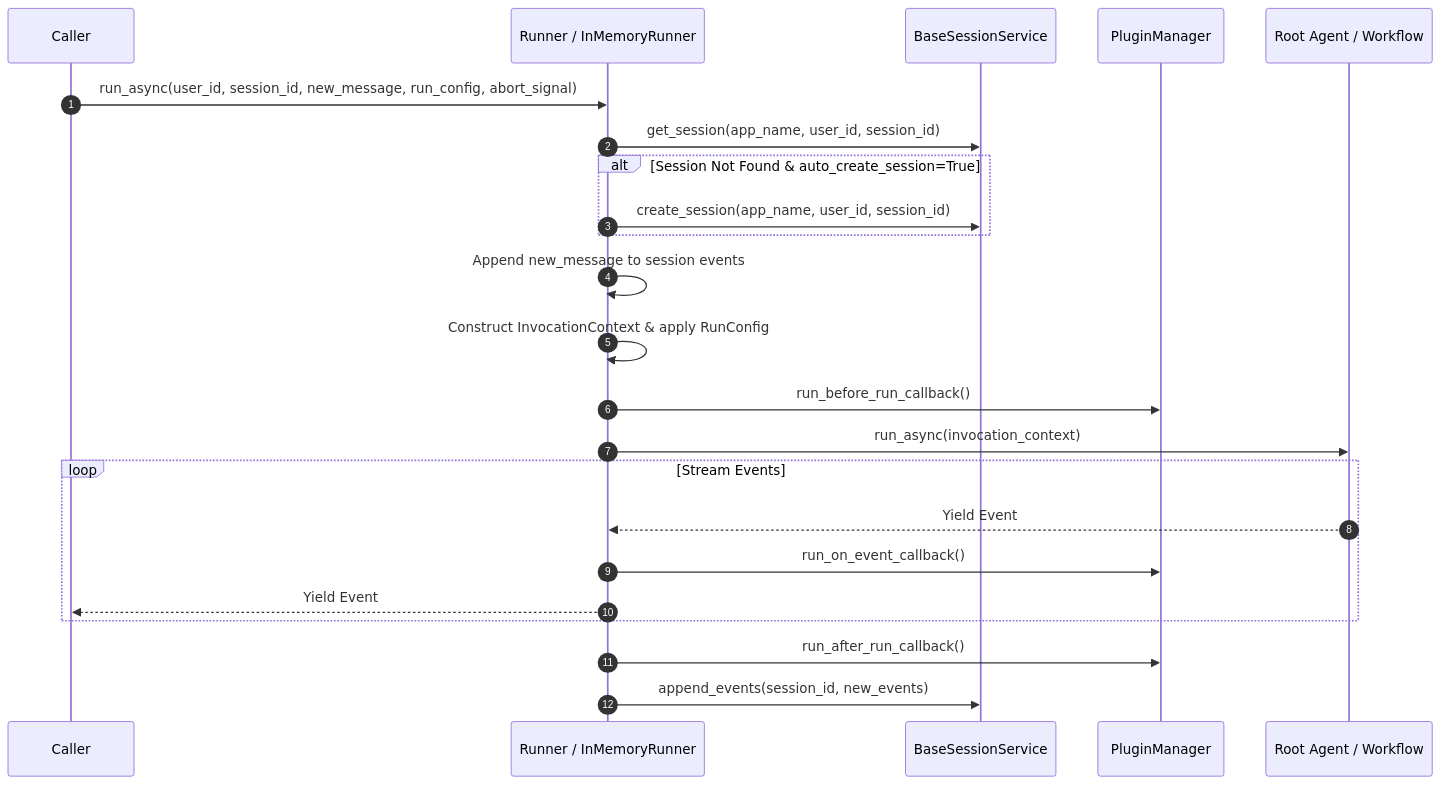
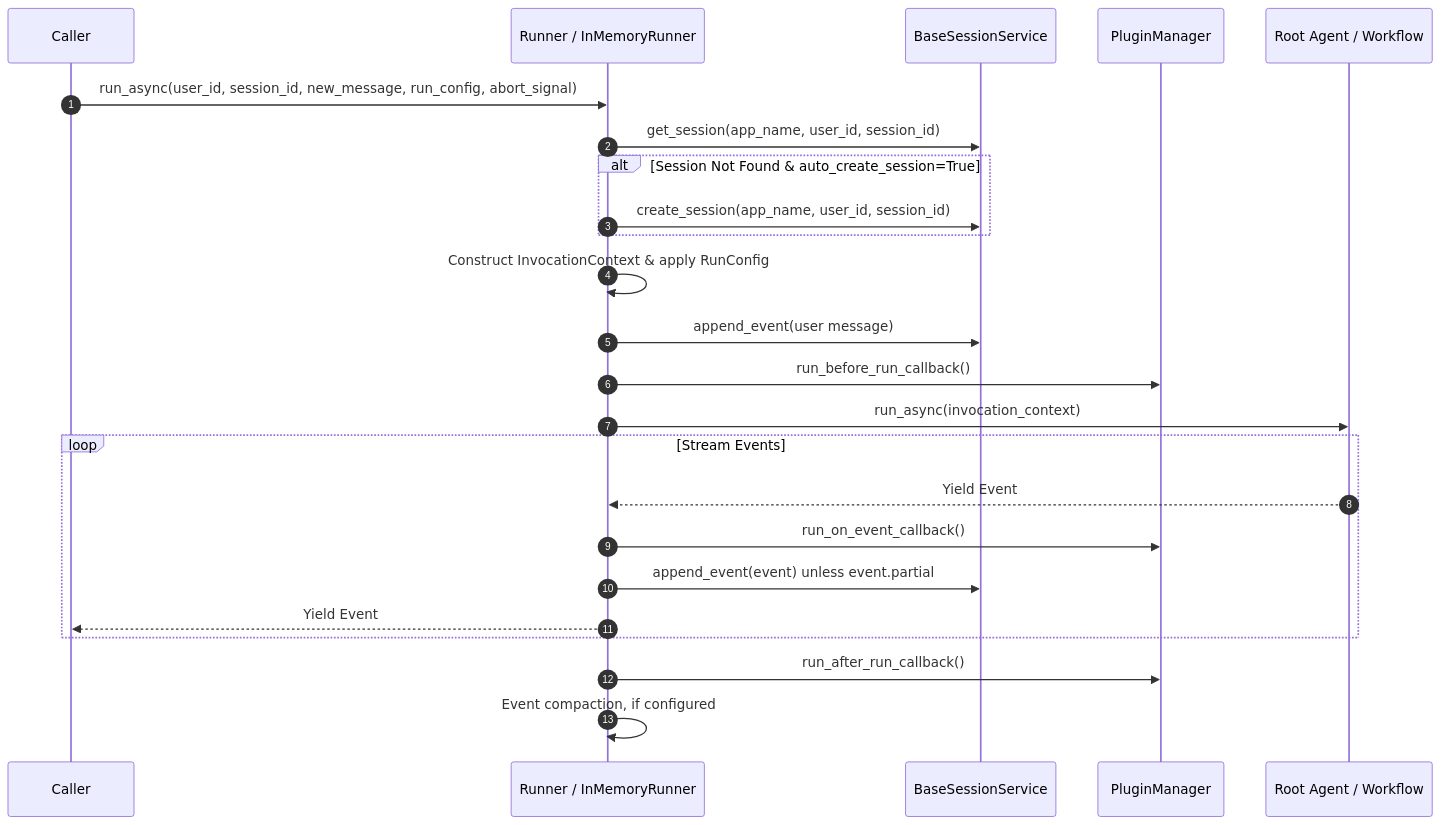
The diagram in docs/guides/runners/runner/index.md (me-her/adk-python), drawn with Mermaid before and after one commit. The commit also changed other lines of this file, not shown here.

First line of the commit message:
docs(runner): fix InMemoryRunner auto_create_session example and constructor options

````diff
--- a/docs/guides/runners/runner/index.md
+++ b/docs/guides/runners/runner/index.md
@@ -59,26 +65,27 @@
 ```mermaid
 sequenceDiagram
     autonumber
     participant Caller
     participant Runner as Runner / InMemoryRunner
     participant Session as BaseSessionService
     participant Plugins as PluginManager
     participant Agent as Root Agent / Workflow
 
     Caller->>Runner: run_async(user_id, session_id, new_message, run_config, abort_signal)
     Runner->>Session: get_session(app_name, user_id, session_id)
     alt Session Not Found & auto_create_session=True
         Runner->>Session: create_session(app_name, user_id, session_id)
     end
-    Runner->>Runner: Append new_message to session events
     Runner->>Runner: Construct InvocationContext & apply RunConfig
+    Runner->>Session: append_event(user message)
     Runner->>Plugins: run_before_run_callback()
     Runner->>Agent: run_async(invocation_context)
     loop Stream Events
         Agent-->>Runner: Yield Event
         Runner->>Plugins: run_on_event_callback()
+        Runner->>Session: append_event(event) unless event.partial
         Runner-->>Caller: Yield Event
     end
     Runner->>Plugins: run_after_run_callback()
-    Runner->>Session: append_events(session_id, new_events)
+    Runner->>Runner: Event compaction, if configured
 ```
````
